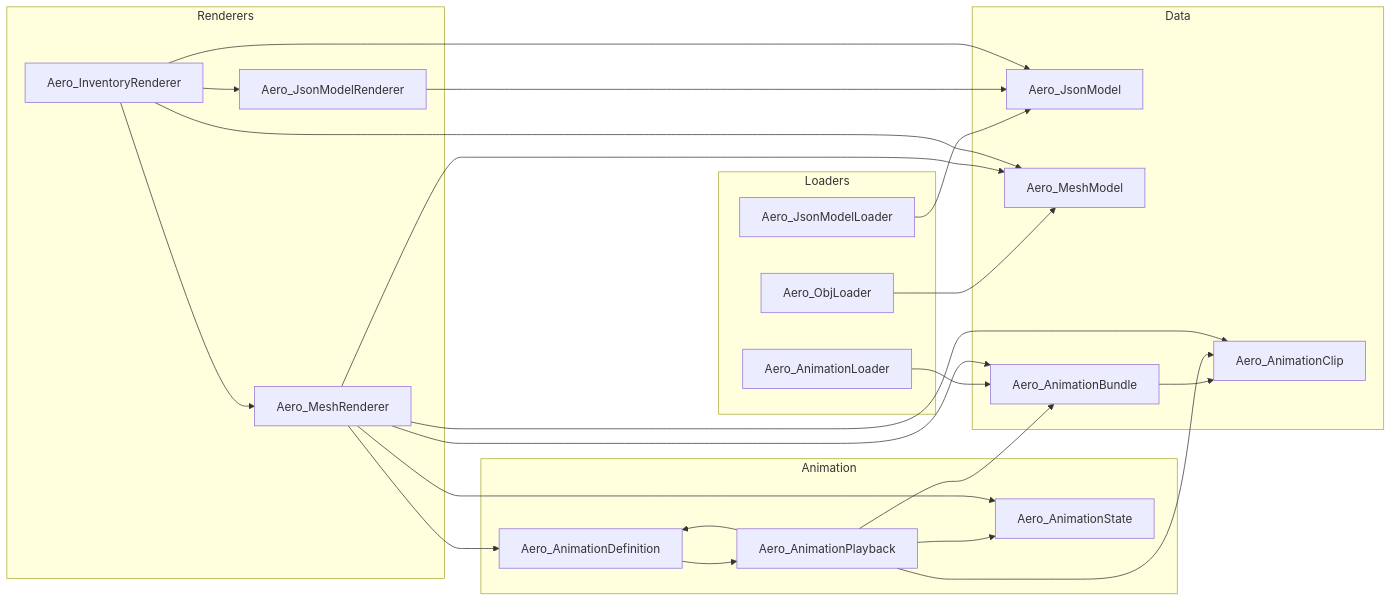
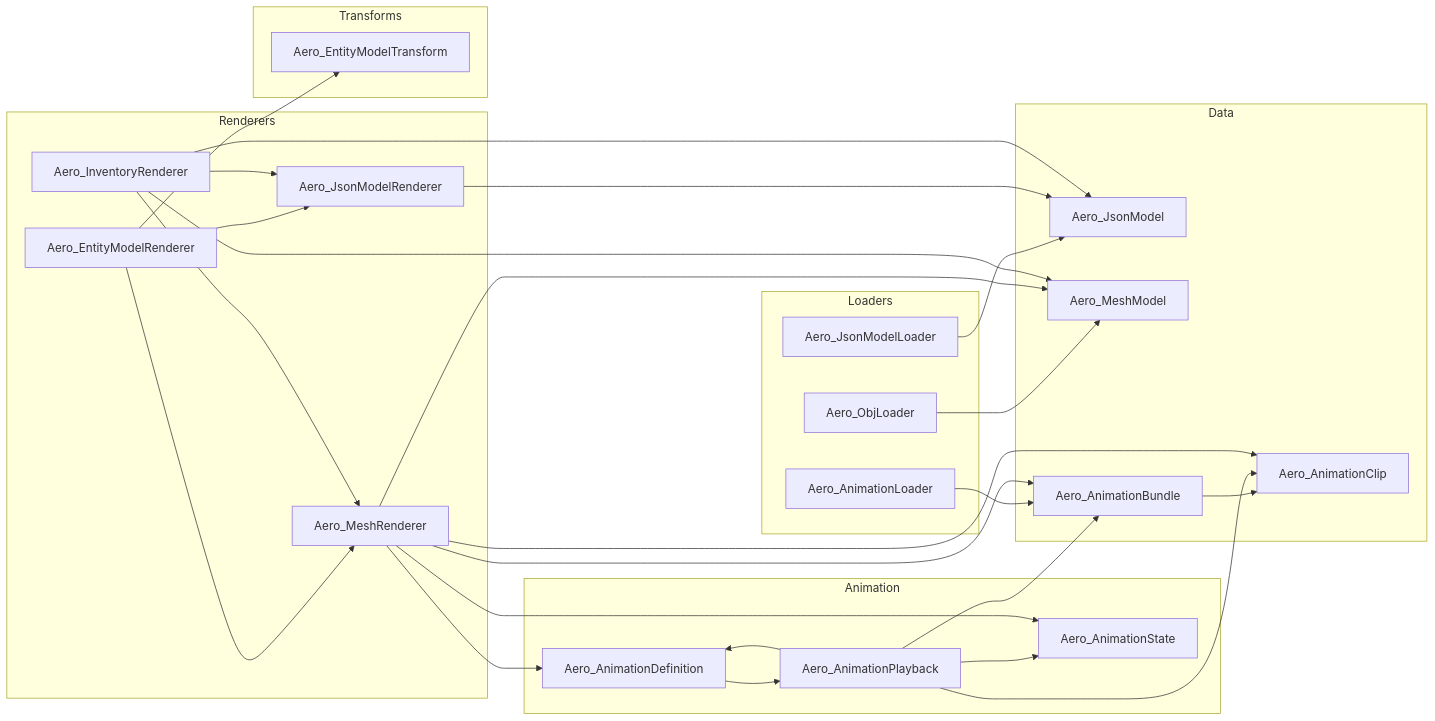
The seventh of 7 diagrams in DOC.md (lucasrgt/aero-model-lib), drawn with Mermaid before and after one commit. The commit also changed other lines of this file and 13 other files, not shown here.

Commit message:
feat: add entity model renderer helpers

````diff
--- a/DOC.md
+++ b/DOC.md
@@ -1489,49 +1633,57 @@
 ```mermaid
 graph LR
     subgraph Loaders
         ML[Aero_JsonModelLoader]
         OL[Aero_ObjLoader]
         AL[Aero_AnimationLoader]
     end
 
     subgraph Data
         M[Aero_JsonModel]
         MM[Aero_MeshModel]
         AB[Aero_AnimationBundle]
         AC[Aero_AnimationClip]
     end
 
     subgraph Animation
         AD[Aero_AnimationDefinition]
         AP[Aero_AnimationPlayback]
         AS[Aero_AnimationState]
     end
 
     subgraph Renderers
         MR[Aero_JsonModelRenderer]
         MSR[Aero_MeshRenderer]
+        ER[Aero_EntityModelRenderer]
         IR[Aero_InventoryRenderer]
+    end
+
+    subgraph Transforms
+        ET[Aero_EntityModelTransform]
     end
 
     ML --> M
     OL --> MM
     AL --> AB
     AB --> AC
 
     AD --> AP
     AP --> AB
     AP --> AD
     AP --> AC
     AP --> AS
 
     MR --> M
     MSR --> MM
     MSR --> AB
     MSR --> AD
     MSR --> AS
     MSR --> AC
+    ER --> MR
+    ER --> MSR
+    ER --> ET
     IR --> M
     IR --> MM
     IR --> MR
     IR --> MSR
 ```
````
